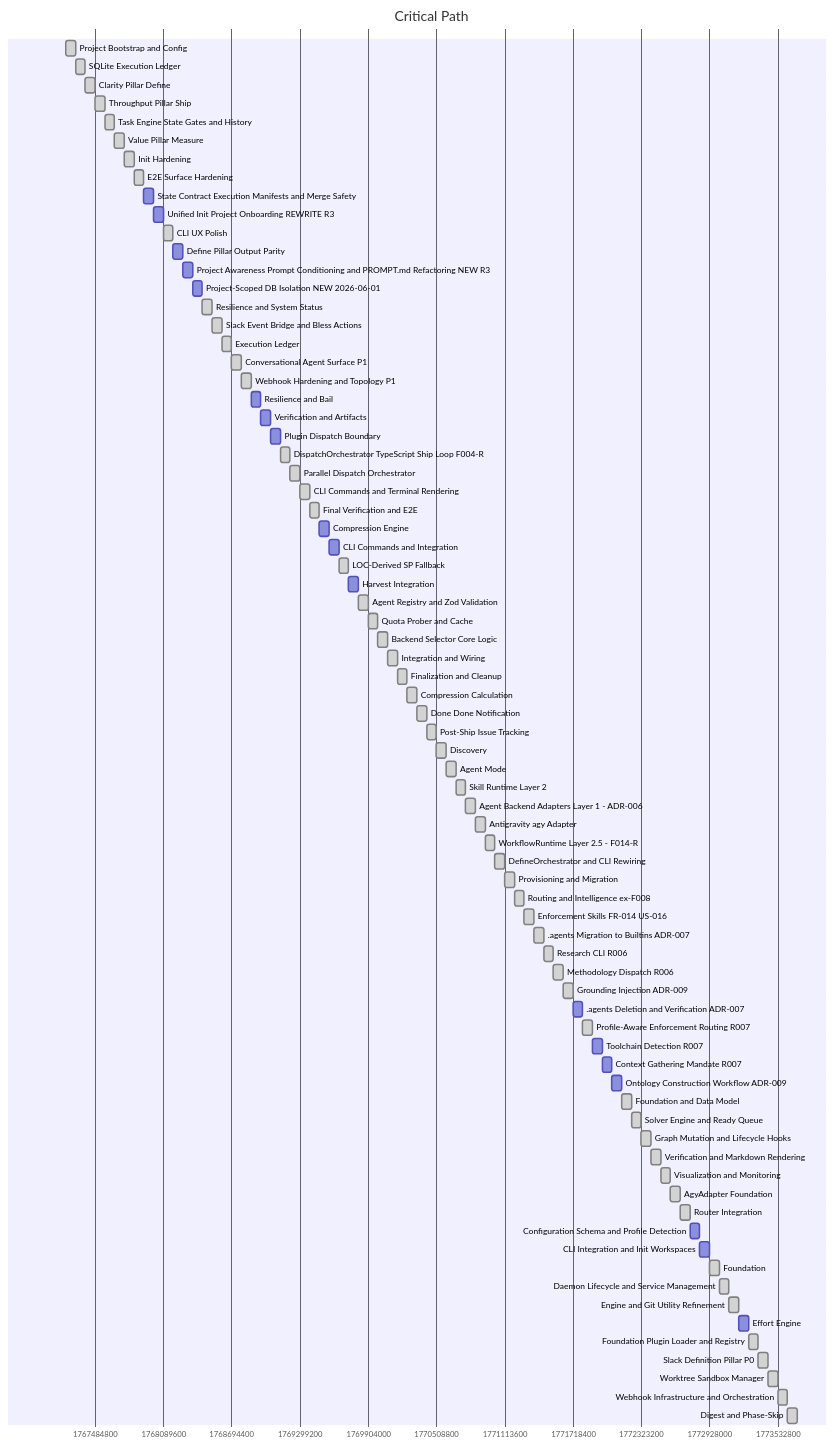
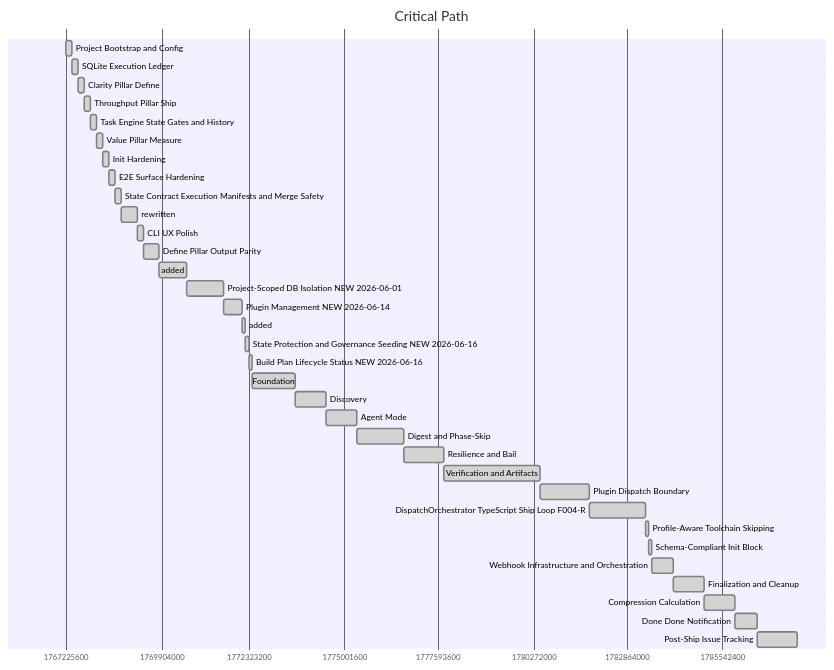
Before and after one commit to gforge-esc/gwrk: the second of 2 diagrams in specs/000-build-plan.md, drawn with Mermaid. The commit also changed other lines of this file and 158 other files, not shown here.

Commit message:
feat(architecture): complete 030-034 hexagonal remediation, polyglot toolchain, plugin runtime, and hub-and-spoke harvest

````diff
--- a/specs/000-build-plan.md
+++ b/specs/000-build-plan.md
@@ -56,82 +72,40 @@
 ```mermaid
 gantt
     title Critical Path
     dateFormat YYYY-MM-DD
     axisFormat %s
 
-    Project Bootstrap and Config :done, 001_cli_core_phase_01, 2026-01-01, 1d
-    SQLite Execution Ledger   :done, 001_cli_core_phase_02, after 001_cli_core_phase_01, 1d
-    Clarity Pillar Define     :done, 001_cli_core_phase_03, after 001_cli_core_phase_02, 1d
-    Throughput Pillar Ship    :done, 001_cli_core_phase_04, after 001_cli_core_phase_03, 1d
-    Task Engine State Gates and History :done, 001_cli_core_phase_05, after 001_cli_core_phase_04, 1d
-    Value Pillar Measure      :done, 001_cli_core_phase_06, after 001_cli_core_phase_05, 1d
-    Init Hardening            :done, 001_cli_core_phase_07, after 001_cli_core_phase_06, 1d
-    E2E Surface Hardening     :done, 001_cli_core_phase_08, after 001_cli_core_phase_07, 1d
-    State Contract Execution Manifests and Merge Safety :001_cli_core_phase_09, after 001_cli_core_phase_08, 1d
-    Unified Init Project Onboarding REWRITE R3 :001_cli_core_phase_10, after 001_cli_core_phase_09, 1d
-    CLI UX Polish             :done, 001_cli_core_phase_11, after 001_cli_core_phase_10, 1d
-    Define Pillar Output Parity :001_cli_core_phase_12, after 001_cli_core_phase_11, 1d
-    Project Awareness Prompt Conditioning and PROMPT.md Refactoring NEW R3 :001_cli_core_phase_13, after 001_cli_core_phase_12, 1d
-    Project-Scoped DB Isolation NEW 2026-06-01 :001_cli_core_phase_14, after 001_cli_core_phase_13, 1d
-    Resilience and System Status :done, 002_build_server_phase_02, after 001_cli_core_phase_14, 1d
-    Slack Event Bridge and Bless Actions :done, 002_build_server_phase_03, after 002_build_server_phase_02, 1d
-    Execution Ledger          :done, 002_build_server_phase_04, after 002_build_server_phase_03, 1d
-    Conversational Agent Surface P1 :done, 003_slack_phase_02, after 002_build_server_phase_04, 1d
-    Webhook Hardening and Topology P1 :done, 003_slack_phase_03, after 003_slack_phase_02, 1d
-    Resilience and Bail       :004_ship_loop_phase_02, after 003_slack_phase_03, 1d
-    Verification and Artifacts :004_ship_loop_phase_03, after 004_ship_loop_phase_02, 1d
-    Plugin Dispatch Boundary  :004_ship_loop_phase_04, after 004_ship_loop_phase_03, 1d
-    DispatchOrchestrator TypeScript Ship Loop F004-R :done, 004_ship_loop_phase_05, after 004_ship_loop_phase_04, 1d
-    Parallel Dispatch Orchestrator :done, 005_parallel_dispatch_phase_02, after 004_ship_loop_phase_05, 1d
-    CLI Commands and Terminal Rendering :done, 006_pulse_phase_02, after 005_parallel_dispatch_phase_02, 1d
-    Final Verification and E2E :done, 006_pulse_phase_03, after 006_pulse_phase_02, 1d
-    Compression Engine        :007_effort_compression_phase_02, after 006_pulse_phase_03, 1d
-    CLI Commands and Integration :007_effort_compression_phase_03, after 007_effort_compression_phase_02, 1d
-    LOC-Derived SP Fallback   :done, 007_effort_compression_phase_04, after 007_effort_compression_phase_03, 1d
-    Harvest Integration       :007_effort_compression_phase_05, after 007_effort_compression_phase_04, 1d
-    Agent Registry and Zod Validation :done, 008_agent_router_phase_01, after 007_effort_compression_phase_05, 1d
-    Quota Prober and Cache    :done, 008_agent_router_phase_02, after 008_agent_router_phase_01, 1d
-    Backend Selector Core Logic :done, 008_agent_router_phase_03, after 008_agent_router_phase_02, 1d
-    Integration and Wiring    :done, 008_agent_router_phase_04, after 008_agent_router_phase_03, 1d
-    Finalization and Cleanup  :done, 011_harvest_phase_02, after 008_agent_router_phase_04, 1d
-    Compression Calculation   :done, 011_harvest_phase_03, after 011_harvest_phase_02, 1d
-    Done Done Notification    :done, 011_harvest_phase_04, after 011_harvest_phase_03, 1d
-    Post-Ship Issue Tracking  :done, 011_harvest_phase_05, after 011_harvest_phase_04, 1d
-    Discovery                 :done, 013_agent_native_interface_phase_02, after 011_harvest_phase_05, 1d
-    Agent Mode                :done, 013_agent_native_interface_phase_03, after 013_agent_native_interface_phase_02, 1d
-    Skill Runtime Layer 2     :done, 014_plugin_system_phase_02, after 013_agent_native_interface_phase_03, 1d
-    Agent Backend Adapters Layer 1 - ADR-006 :done, 014_plugin_system_phase_03, after 014_plugin_system_phase_02, 1d
-    Antigravity agy Adapter   :done, 014_plugin_system_phase_04, after 014_plugin_system_phase_03, 1d
-    WorkflowRuntime Layer 2.5 - F014-R :done, 014_plugin_system_phase_05, after 014_plugin_system_phase_04, 1d
-    DefineOrchestrator and CLI Rewiring :done, 014_plugin_system_phase_06, after 014_plugin_system_phase_05, 1d
-    Provisioning and Migration :done, 014_plugin_system_phase_07, after 014_plugin_system_phase_06, 1d
-    Routing and Intelligence ex-F008 :done, 014_plugin_system_phase_08, after 014_plugin_system_phase_07, 1d
-    Enforcement Skills FR-014 US-016 :done, 014_plugin_system_phase_09, after 014_plugin_system_phase_08, 1d
-    .agents Migration to Builtins ADR-007 :done, 014_plugin_system_phase_10, after 014_plugin_system_phase_09, 1d
-    Research CLI R006         :done, 014_plugin_system_phase_11, after 014_plugin_system_phase_10, 1d
-    Methodology Dispatch R006 :done, 014_plugin_system_phase_12, after 014_plugin_system_phase_11, 1d
-    Grounding Injection ADR-009 :done, 014_plugin_system_phase_13, after 014_plugin_system_phase_12, 1d
-    .agents Deletion and Verification ADR-007 :014_plugin_system_phase_14, after 014_plugin_system_phase_13, 1d
-    Profile-Aware Enforcement Routing R007 :done, 014_plugin_system_phase_15, after 014_plugin_system_phase_14, 1d
-    Toolchain Detection R007  :014_plugin_system_phase_16, after 014_plugin_system_phase_15, 1d
-    Context Gathering Mandate R007 :014_plugin_system_phase_17, after 014_plugin_system_phase_16, 1d
-    Ontology Construction Workflow ADR-009 :014_plugin_system_phase_18, after 014_plugin_system_phase_17, 1d
-    Foundation and Data Model :done, 018_build_plan_orchestrator_phase_01, after 014_plugin_system_phase_18, 1d
-    Solver Engine and Ready Queue :done, 018_build_plan_orchestrator_phase_02, after 018_build_plan_orchestrator_phase_01, 1d
-    Graph Mutation and Lifecycle Hooks :done, 018_build_plan_orchestrator_phase_03, after 018_build_plan_orchestrator_phase_02, 1d
-    Verification and Markdown Rendering :done, 018_build_plan_orchestrator_phase_04, after 018_build_plan_orchestrator_phase_03, 1d
-    Visualization and Monitoring :done, 018_build_plan_orchestrator_phase_05, after 018_build_plan_orchestrator_phase_04, 1d
-    AgyAdapter Foundation     :done, 019_agy_agent_migration_phase_01, after 018_build_plan_orchestrator_phase_05, 1d
-    Router Integration        :done, 019_agy_agent_migration_phase_02, after 019_agy_agent_migration_phase_01, 1d
-    Configuration Schema and Profile Detection :020_polyglot_monorepo_phase_01, after 019_agy_agent_migration_phase_02, 1d
-    CLI Integration and Init Workspaces :020_polyglot_monorepo_phase_02, after 020_polyglot_monorepo_phase_01, 1d
-    Foundation                :done, 013_agent_native_interface_phase_01, after 020_polyglot_monorepo_phase_02, 1d
-    Daemon Lifecycle and Service Management :done, 002_build_server_phase_01, after 013_agent_native_interface_phase_01, 1d
-    Engine and Git Utility Refinement :done, 006_pulse_phase_01, after 002_build_server_phase_01, 1d
-    Effort Engine             :007_effort_compression_phase_01, after 006_pulse_phase_01, 1d
-    Foundation Plugin Loader and Registry :done, 014_plugin_system_phase_01, after 007_effort_compression_phase_01, 1d
-    Slack Definition Pillar P0 :done, 003_slack_phase_01, after 014_plugin_system_phase_01, 1d
-    Worktree Sandbox Manager  :done, 005_parallel_dispatch_phase_01, after 003_slack_phase_01, 1d
-    Webhook Infrastructure and Orchestration :done, 011_harvest_phase_01, after 005_parallel_dispatch_phase_01, 1d
-    Digest and Phase-Skip     :done, 004_ship_loop_phase_01, after 011_harvest_phase_01, 1d
+    Project Bootstrap and Config :done, 001_cli_core_phase_01, 2026-01-01, 2d
+    SQLite Execution Ledger   :done, 001_cli_core_phase_02, after 001_cli_core_phase_01, 2d
+    Clarity Pillar Define     :done, 001_cli_core_phase_03, after 001_cli_core_phase_02, 2d
+    Throughput Pillar Ship    :done, 001_cli_core_phase_04, after 001_cli_core_phase_03, 2d
+    Task Engine State Gates and History :done, 001_cli_core_phase_05, after 001_cli_core_phase_04, 2d
+    Value Pillar Measure      :done, 001_cli_core_phase_06, after 001_cli_core_phase_05, 2d
+    Init Hardening            :done, 001_cli_core_phase_07, after 001_cli_core_phase_06, 2d
+    E2E Surface Hardening     :done, 001_cli_core_phase_08, after 001_cli_core_phase_07, 2d
+    State Contract Execution Manifests and Merge Safety :done, 001_cli_core_phase_09, after 001_cli_core_phase_08, 2d
+    rewritten                 :done, 001_cli_core_phase_10, after 001_cli_core_phase_09, 5d
+    CLI UX Polish             :done, 001_cli_core_phase_11, after 001_cli_core_phase_10, 2d
+    Define Pillar Output Parity :done, 001_cli_core_phase_12, after 001_cli_core_phase_11, 5d
+    added                     :done, 001_cli_core_phase_13, after 001_cli_core_phase_12, 9d
+    Project-Scoped DB Isolation NEW 2026-06-01 :done, 001_cli_core_phase_14, after 001_cli_core_phase_13, 12d
+    Plugin Management NEW 2026-06-14 :done, 001_cli_core_phase_15, after 001_cli_core_phase_14, 6d
+    added                     :done, 001_cli_core_phase_16, after 001_cli_core_phase_15, 1d
+    State Protection and Governance Seeding NEW 2026-06-16 :done, 001_cli_core_phase_17, after 001_cli_core_phase_16, 1d
+    Build Plan Lifecycle Status NEW 2026-06-16 :done, 001_cli_core_phase_18, after 001_cli_core_phase_17, 1d
+    Foundation                :done, 013_agent_native_interface_phase_01, after 001_cli_core_phase_18, 14d
+    Discovery                 :done, 013_agent_native_interface_phase_02, after 013_agent_native_interface_phase_01, 10d
+    Agent Mode                :done, 013_agent_native_interface_phase_03, after 013_agent_native_interface_phase_02, 10d
+    Digest and Phase-Skip     :done, 004_ship_loop_phase_01, after 013_agent_native_interface_phase_03, 15d
+    Resilience and Bail       :done, 004_ship_loop_phase_02, after 004_ship_loop_phase_01, 13d
+    Verification and Artifacts :done, 004_ship_loop_phase_03, after 004_ship_loop_phase_02, 31d
+    Plugin Dispatch Boundary  :done, 004_ship_loop_phase_04, after 004_ship_loop_phase_03, 16d
+    DispatchOrchestrator TypeScript Ship Loop F004-R :done, 004_ship_loop_phase_05, after 004_ship_loop_phase_04, 18d
+    Profile-Aware Toolchain Skipping :done, 004_ship_loop_phase_06, after 004_ship_loop_phase_05, 1d
+    Schema-Compliant Init Block :done, 004_ship_loop_phase_07, after 004_ship_loop_phase_06, 1d
+    Webhook Infrastructure and Orchestration :done, 011_harvest_phase_01, after 004_ship_loop_phase_07, 7d
+    Finalization and Cleanup  :done, 011_harvest_phase_02, after 011_harvest_phase_01, 10d
+    Compression Calculation   :done, 011_harvest_phase_03, after 011_harvest_phase_02, 10d
+    Done Done Notification    :done, 011_harvest_phase_04, after 011_harvest_phase_03, 7d
+    Post-Ship Issue Tracking  :done, 011_harvest_phase_05, after 011_harvest_phase_04, 13d
 ```
````
